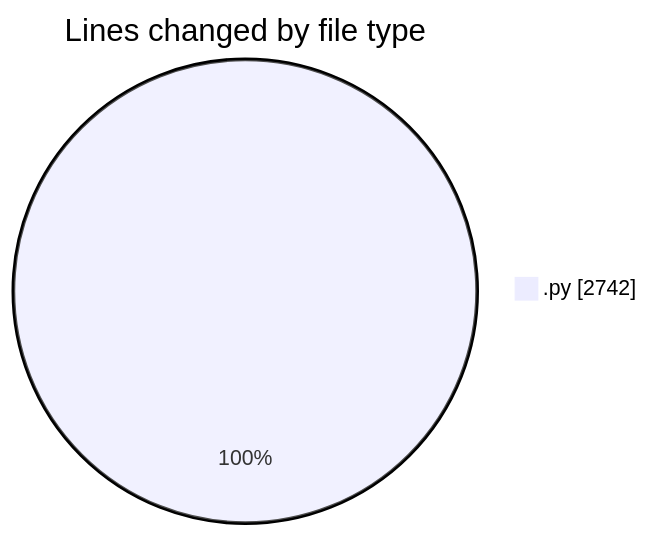
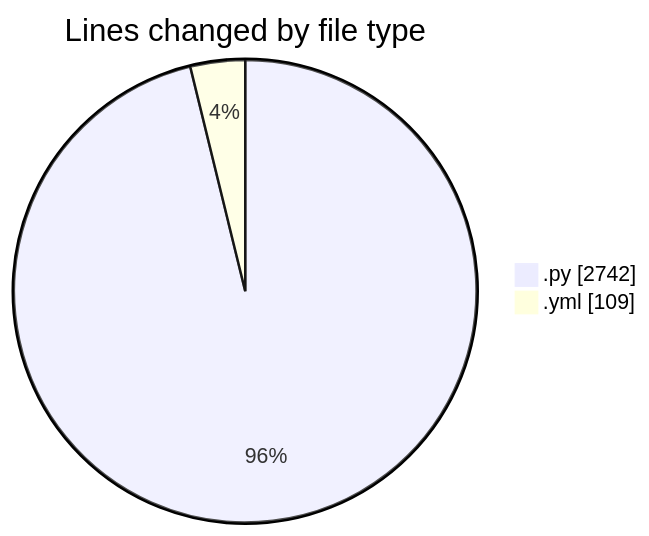
The first of 2 diagrams in 2025-10-15/eventscop-api-guide__workspace_/README.md (julien-gomy/code-tracking), drawn with Mermaid before and after one commit. The commit also changed other lines of this file and 1 other file, not shown here.

````diff
--- a/2025-10-15/eventscop-api-guide__workspace_/README.md
+++ b/2025-10-15/eventscop-api-guide__workspace_/README.md
@@ -24,5 +25,6 @@
 ```mermaid
 pie showData
 title Lines changed by file type
 ".py" : 2742
+".yml" : 109
 ```
````
